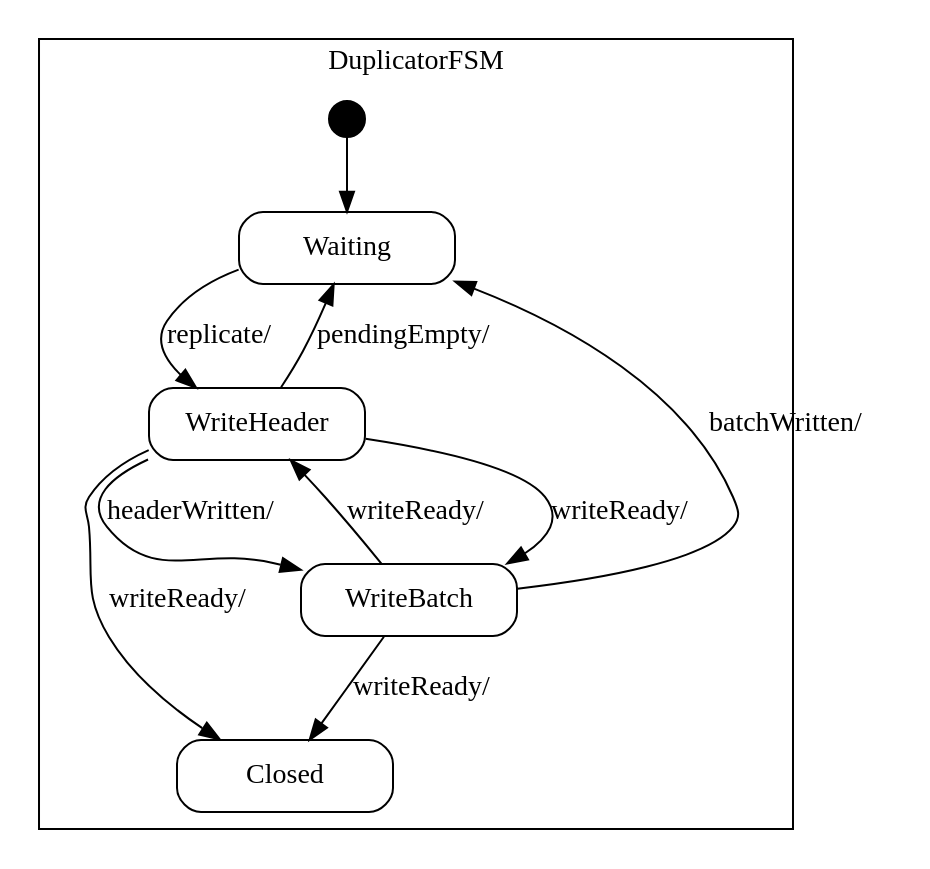
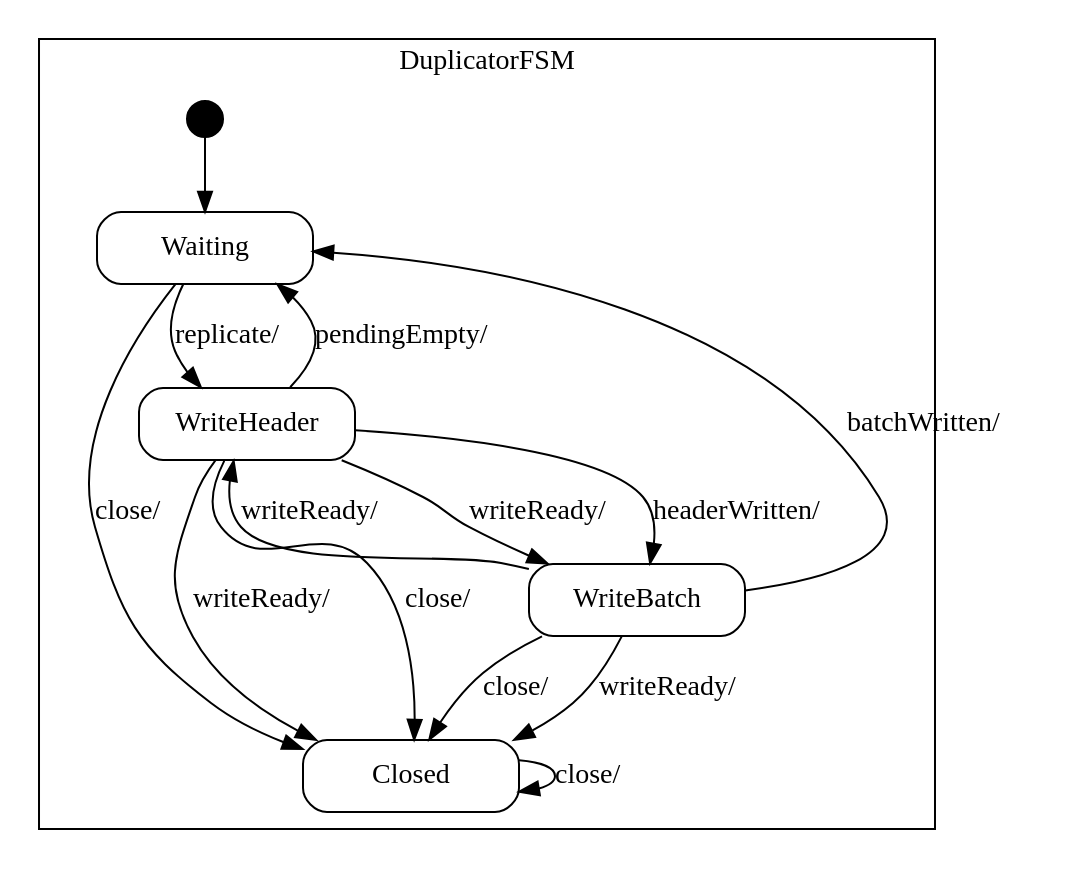
The diagram in spindle/doc/Duplicator_sm.dot (vmehra-sfdc/Ouroboros), drawn with Graphviz before and after one commit. The commit also changed 38 other files, not shown here.

```diff
--- a/spindle/doc/Duplicator_sm.dot
+++ b/spindle/doc/Duplicator_sm.dot
@@ -1,60 +1,72 @@
 digraph Duplicator {
 
     node
         [shape=Mrecord width=1.5];
 
     subgraph cluster_DuplicatorFSM {
 
         label="DuplicatorFSM";
 
         //
         // States (Nodes)
         //
 
         "DuplicatorFSM::Waiting"
             [label="{Waiting}"];
 
         "DuplicatorFSM::WriteHeader"
             [label="{WriteHeader}"];
 
         "DuplicatorFSM::WriteBatch"
             [label="{WriteBatch}"];
 
         "DuplicatorFSM::Closed"
             [label="{Closed}"];
 
         "%start"
             [label="" shape=circle style=filled fillcolor=black width=0.25];
 
         //
         // Transitions (Edges)
         //
 
         "DuplicatorFSM::Waiting" -> "DuplicatorFSM::WriteHeader"
             [label="replicate/\l"];
 
+        "DuplicatorFSM::Waiting" -> "DuplicatorFSM::Closed"
+            [label="close/\l"];
+
         "DuplicatorFSM::WriteHeader" -> "DuplicatorFSM::Closed"
             [label="writeReady/\l"];
 
         "DuplicatorFSM::WriteHeader" -> "DuplicatorFSM::WriteBatch"
             [label="writeReady/\l"];
 
         "DuplicatorFSM::WriteHeader" -> "DuplicatorFSM::WriteBatch"
             [label="headerWritten/\l"];
 
         "DuplicatorFSM::WriteHeader" -> "DuplicatorFSM::Waiting"
             [label="pendingEmpty/\l"];
 
+        "DuplicatorFSM::WriteHeader" -> "DuplicatorFSM::Closed"
+            [label="close/\l"];
+
         "DuplicatorFSM::WriteBatch" -> "DuplicatorFSM::Closed"
             [label="writeReady/\l"];
 
         "DuplicatorFSM::WriteBatch" -> "DuplicatorFSM::WriteHeader"
             [label="writeReady/\l"];
 
         "DuplicatorFSM::WriteBatch" -> "DuplicatorFSM::Waiting"
             [label="batchWritten/\l"];
 
+        "DuplicatorFSM::WriteBatch" -> "DuplicatorFSM::Closed"
+            [label="close/\l"];
+
+        "DuplicatorFSM::Closed" -> "DuplicatorFSM::Closed"
+            [label="close/\l"];
+
         "%start" -> "DuplicatorFSM::Waiting"
     }
 
 }
```
